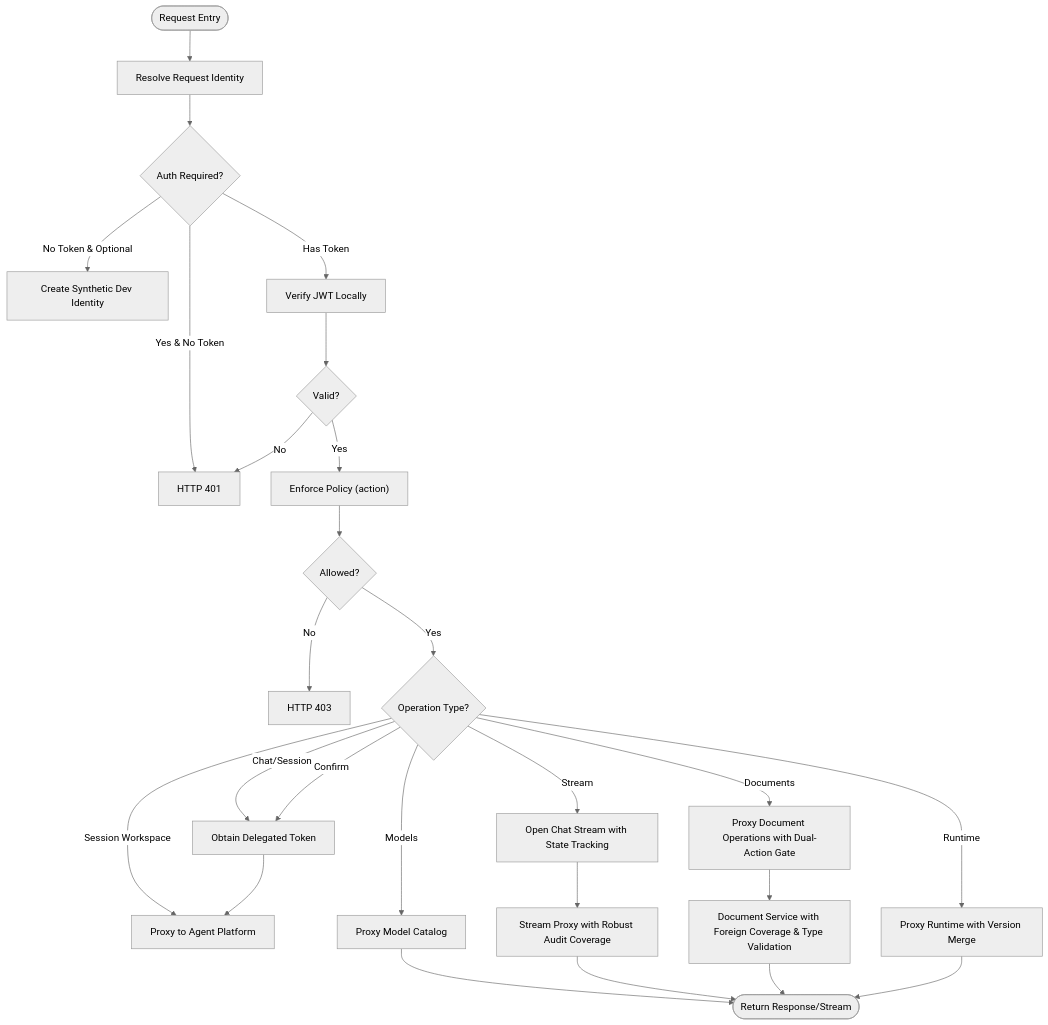
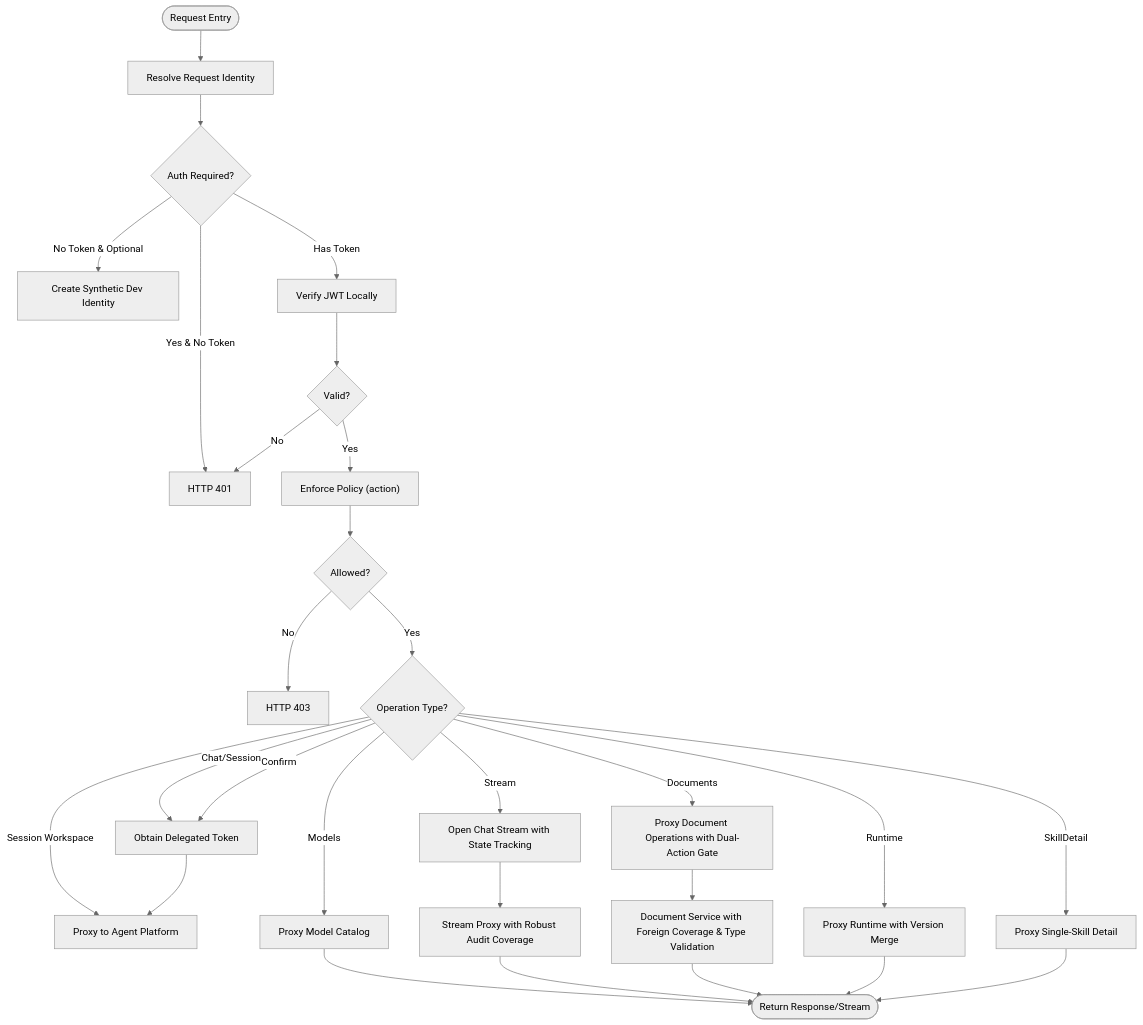
One commit to metasync/luban-aiops changed diagram 14 of 17 in .qoder/repowiki/en/content/Architecture Documentation/Platform Gateway Service.md. Above: the diagram before and after it, drawn with Mermaid (neutral theme). The commit also changed other lines of this file and 7 other files, not shown here.

````diff
--- a/.qoder/repowiki/en/content/Architecture Documentation/Platform Gateway Service.md
+++ b/.qoder/repowiki/en/content/Architecture Documentation/Platform Gateway Service.md
@@ -950,28 +1027,30 @@
 ```mermaid
 flowchart TD
 Start(["Request Entry"]) --> ResolveId["Resolve Request Identity"]
 ResolveId --> AuthCheck{"Auth Required?"}
 AuthCheck --> |Yes & No Token| Deny401["HTTP 401"]
 AuthCheck --> |No Token & Optional| Synthetic["Create Synthetic Dev Identity"]
 AuthCheck --> |Has Token| Verify["Verify JWT Locally"]
 Verify --> Valid{"Valid?"}
 Valid --> |No| Deny401
 Valid --> |Yes| PolicyEnf["Enforce Policy (action)"]
 PolicyEnf --> Allowed{"Allowed?"}
 Allowed --> |No| Deny403["HTTP 403"]
 Allowed --> |Yes| CheckType{"Operation Type?"}
 CheckType --> |Chat/Session| Delegate["Obtain Delegated Token"]
 CheckType --> |Confirm| Delegate
 CheckType --> |Session Workspace| Proxy["Proxy to Agent Platform"]
 CheckType --> |Documents| DocProxy["Proxy Document Operations with Dual-Action Gate"]
 CheckType --> |Stream| OpenStream["Open Chat Stream with State Tracking"]
 CheckType --> |Models| ModelProxy["Proxy Model Catalog"]
 CheckType --> |Runtime| RuntimeProxy["Proxy Runtime with Version Merge"]
+CheckType --> |SkillDetail| SkillProxy["Proxy Single-Skill Detail"]
 Delegate --> Proxy
 DocProxy --> DocService["Document Service with Foreign Coverage & Type Validation"]
 OpenStream --> StreamProxy["Stream Proxy with Robust Audit Coverage"]
 ModelProxy --> Return(["Return Response/Stream"])
 StreamProxy --> Return
 DocService --> Return
 RuntimeProxy --> Return
+SkillProxy --> Return
 ```
````
